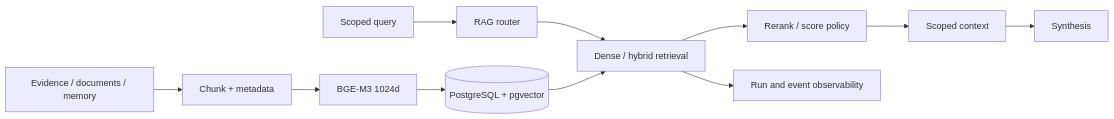
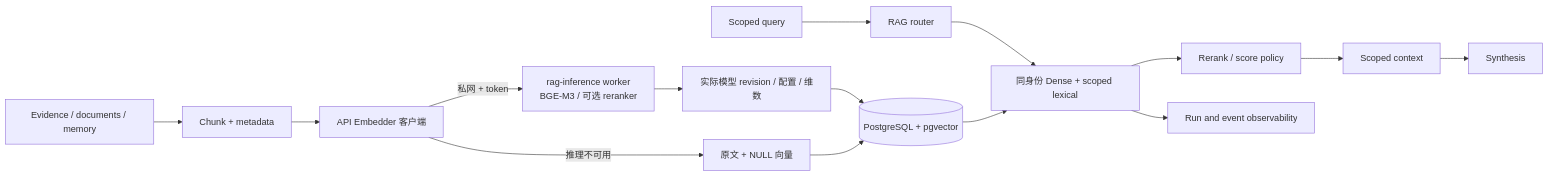
Before and after one commit to kkkano/FinSight: the diagram in docs/05_RAG_ARCHITECTURE.md, drawn with Mermaid. The commit also changed other lines of this file and 187 other files, not shown here.

````diff
--- a/docs/05_RAG_ARCHITECTURE.md
+++ b/docs/05_RAG_ARCHITECTURE.md
@@ -14,13 +15,17 @@
 ```mermaid
 flowchart LR
     SRC[Evidence / documents / memory] --> CHUNK[Chunk + metadata]
-    CHUNK --> EMB[BGE-M3 1024d]
-    EMB --> PG[(PostgreSQL + pgvector)]
+    CHUNK --> CLIENT[API Embedder 客户端]
+    CLIENT -->|私网 + token| EMB[rag-inference worker\nBGE-M3 / 可选 reranker]
+    EMB --> ID[实际模型 revision / 配置 / 维数]
+    ID --> PG[(PostgreSQL + pgvector)]
+    CLIENT -->|推理不可用| LEX[原文 + NULL 向量]
+    LEX --> PG
     QUERY[Scoped query] --> ROUTE[RAG router]
-    ROUTE --> RETRIEVE[Dense / hybrid retrieval]
+    ROUTE --> RETRIEVE[同身份 Dense + scoped lexical]
     PG --> RETRIEVE
     RETRIEVE --> RERANK[Rerank / score policy]
     RERANK --> CONTEXT[Scoped context]
     CONTEXT --> SYNTH[Synthesis]
     RETRIEVE --> OBS[Run and event observability]
 ```
````
